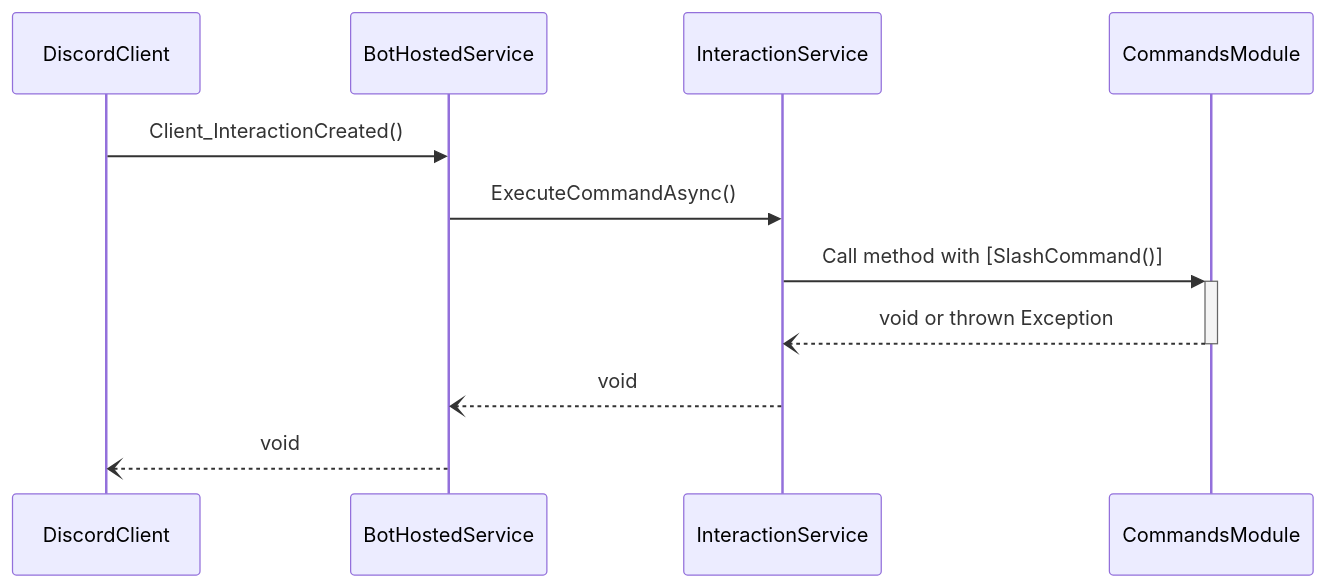
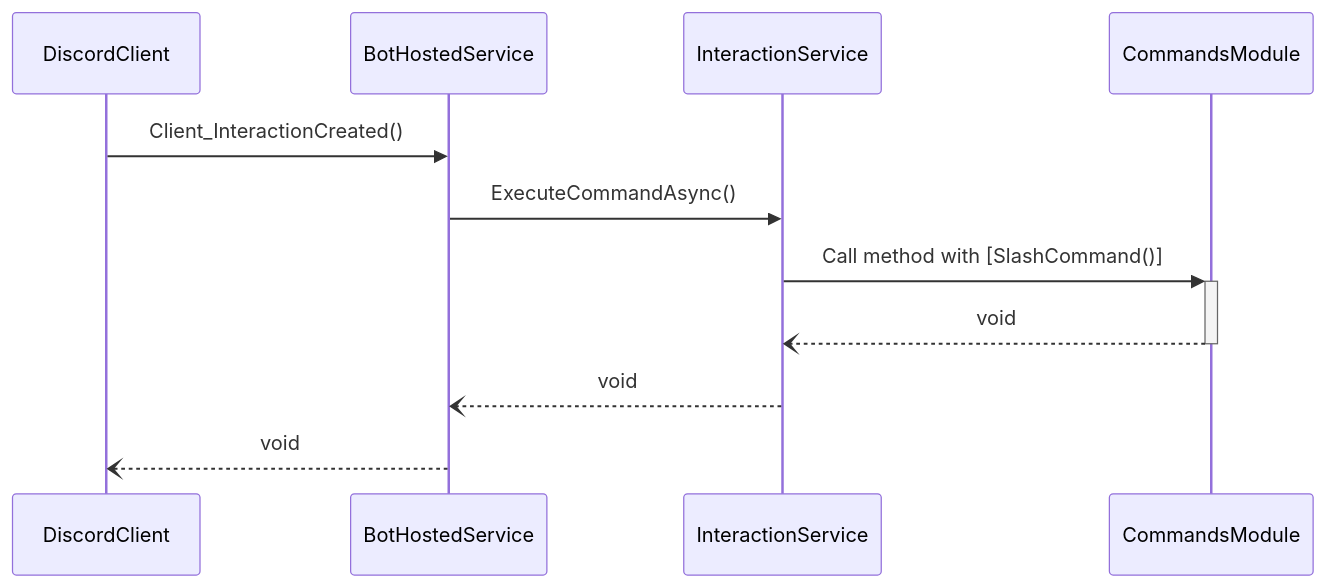
Before and after one commit to anthonylangsworth/OrderBot: the second of 3 diagrams in doc/Development.md, drawn with Mermaid. The commit also changed other lines of this file, not shown here.

````diff
--- a/doc/Development.md
+++ b/doc/Development.md
@@ -52,9 +52,9 @@
 ```mermaid
 sequenceDiagram
   DiscordClient->>BotHostedService : Client_InteractionCreated()
   BotHostedService->>InteractionService: ExecuteCommandAsync()
   InteractionService->>+CommandsModule: Call method with [SlashCommand()]
-  CommandsModule--)-InteractionService: void or thrown Exception 
+  CommandsModule--)-InteractionService: void 
   InteractionService--)BotHostedService: void
   BotHostedService--)DiscordClient: void
 ```
````
